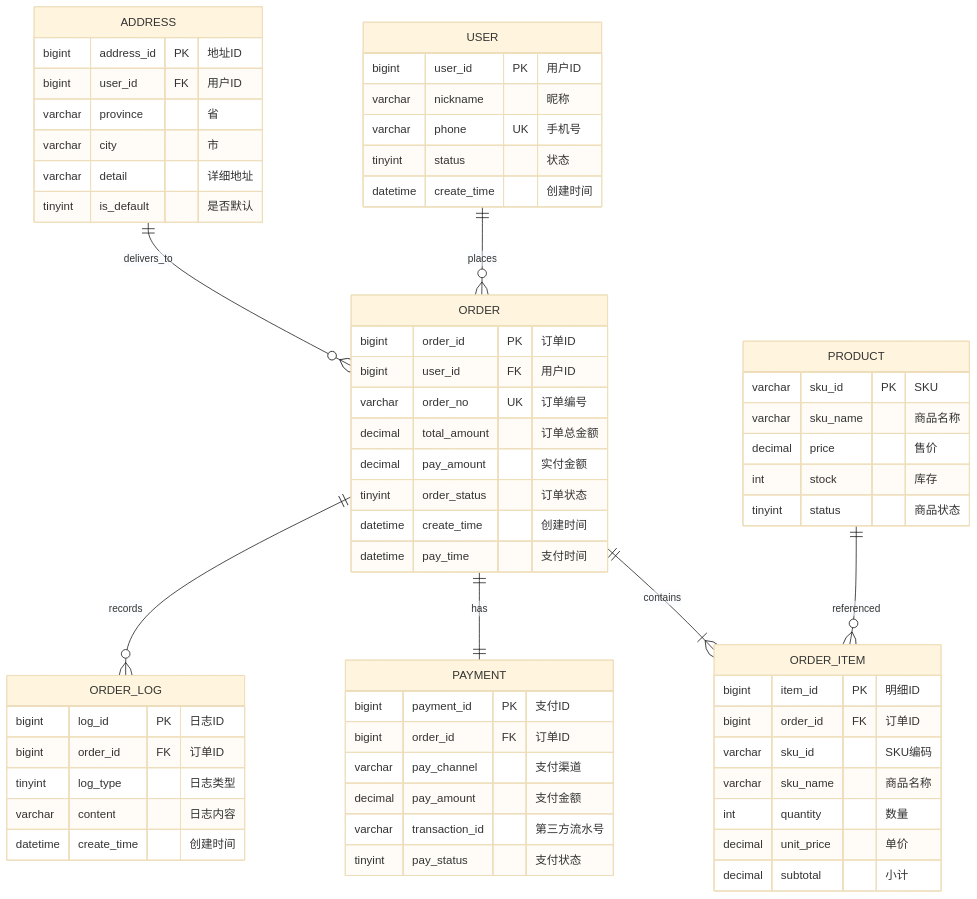
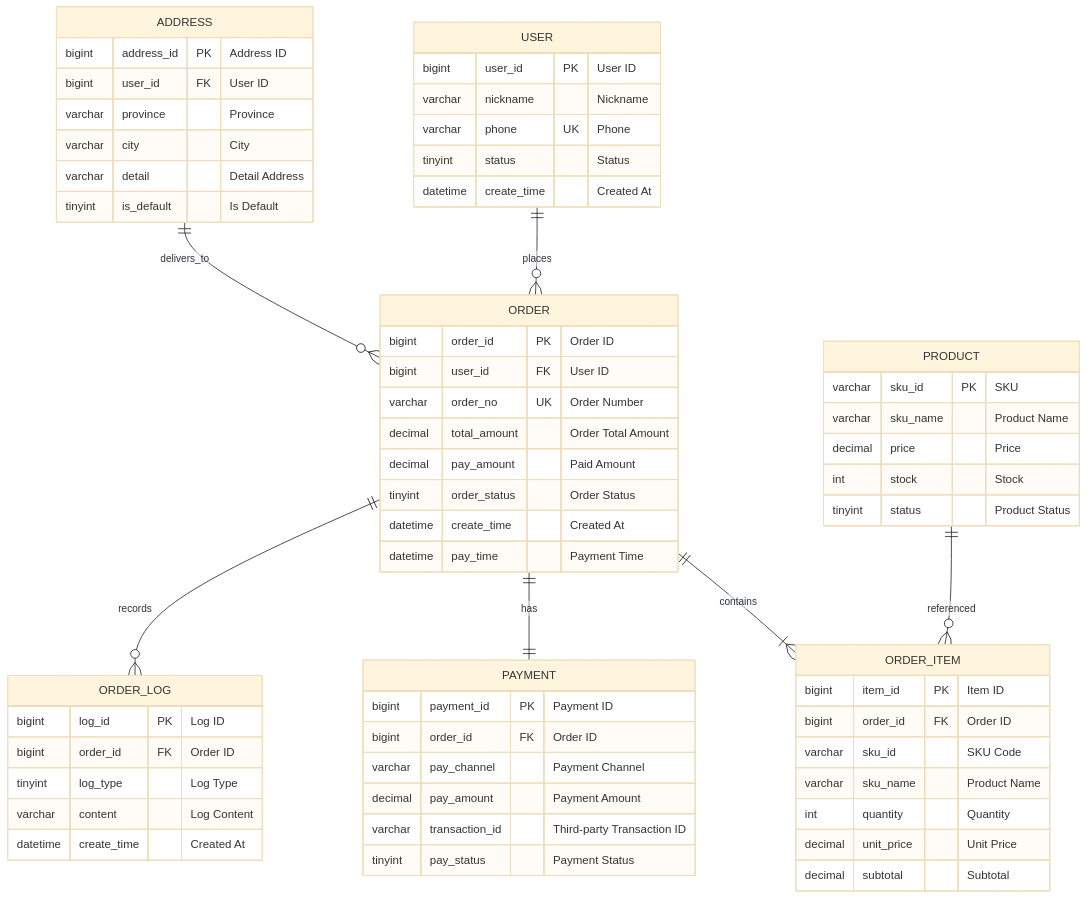
The third of 11 diagrams in templates/产品/技术层/【模板】数据库设计文档规范.md (Kirky-X/cangjie), drawn with Mermaid (base theme) before and after one commit. The commit also changed other lines of this file and 46 other files, not shown here.

````diff
--- a/templates/产品/技术层/【模板】数据库设计文档规范.md
+++ b/templates/产品/技术层/【模板】数据库设计文档规范.md
@@ -194,71 +194,71 @@
 ```mermaid
 erDiagram
     USER ||--o{ ORDER : places
     USER {
-        bigint user_id PK "用户ID"
-        varchar nickname "昵称"
-        varchar phone UK "手机号"
-        tinyint status "状态"
-        datetime create_time "创建时间"
+        bigint user_id PK "User ID"
+        varchar nickname "Nickname"
+        varchar phone UK "Phone"
+        tinyint status "Status"
+        datetime create_time "Created At"
     }
 
     ORDER ||--|{ ORDER_ITEM : contains
     ORDER {
-        bigint order_id PK "订单ID"
-        bigint user_id FK "用户ID"
-        varchar order_no UK "订单编号"
-        decimal total_amount "订单总金额"
-        decimal pay_amount "实付金额"
-        tinyint order_status "订单状态"
-        datetime create_time "创建时间"
-        datetime pay_time "支付时间"
+        bigint order_id PK "Order ID"
+        bigint user_id FK "User ID"
+        varchar order_no UK "Order Number"
+        decimal total_amount "Order Total Amount"
+        decimal pay_amount "Paid Amount"
+        tinyint order_status "Order Status"
+        datetime create_time "Created At"
+        datetime pay_time "Payment Time"
     }
 
     ORDER_ITEM {
-        bigint item_id PK "明细ID"
-        bigint order_id FK "订单ID"
-        varchar sku_id "SKU编码"
-        varchar sku_name "商品名称"
-        int quantity "数量"
-        decimal unit_price "单价"
-        decimal subtotal "小计"
+        bigint item_id PK "Item ID"
+        bigint order_id FK "Order ID"
+        varchar sku_id "SKU Code"
+        varchar sku_name "Product Name"
+        int quantity "Quantity"
+        decimal unit_price "Unit Price"
+        decimal subtotal "Subtotal"
     }
 
     PRODUCT ||--o{ ORDER_ITEM : referenced
     PRODUCT {
         varchar sku_id PK "SKU"
-        varchar sku_name "商品名称"
-        decimal price "售价"
-        int stock "库存"
-        tinyint status "商品状态"
+        varchar sku_name "Product Name"
+        decimal price "Price"
+        int stock "Stock"
+        tinyint status "Product Status"
     }
 
     ADDRESS ||--o{ ORDER : delivers_to
     ADDRESS {
-        bigint address_id PK "地址ID"
-        bigint user_id FK "用户ID"
-        varchar province "省"
-        varchar city "市"
-        varchar detail "详细地址"
-        tinyint is_default "是否默认"
+        bigint address_id PK "Address ID"
+        bigint user_id FK "User ID"
+        varchar province "Province"
+        varchar city "City"
+        varchar detail "Detail Address"
+        tinyint is_default "Is Default"
     }
 
     ORDER ||--|| PAYMENT : has
     PAYMENT {
-        bigint payment_id PK "支付ID"
-        bigint order_id FK "订单ID"
-        varchar pay_channel "支付渠道"
-        decimal pay_amount "支付金额"
-        varchar transaction_id "第三方流水号"
-        tinyint pay_status "支付状态"
+        bigint payment_id PK "Payment ID"
+        bigint order_id FK "Order ID"
+        varchar pay_channel "Payment Channel"
+        decimal pay_amount "Payment Amount"
+        varchar transaction_id "Third-party Transaction ID"
+        tinyint pay_status "Payment Status"
     }
 
     ORDER ||--o{ ORDER_LOG : records
     ORDER_LOG {
-        bigint log_id PK "日志ID"
-        bigint order_id FK "订单ID"
-        tinyint log_type "日志类型"
-        varchar content "日志内容"
-        datetime create_time "创建时间"
+        bigint log_id PK "Log ID"
+        bigint order_id FK "Order ID"
+        tinyint log_type "Log Type"
+        varchar content "Log Content"
+        datetime create_time "Created At"
     }
 ```
````
